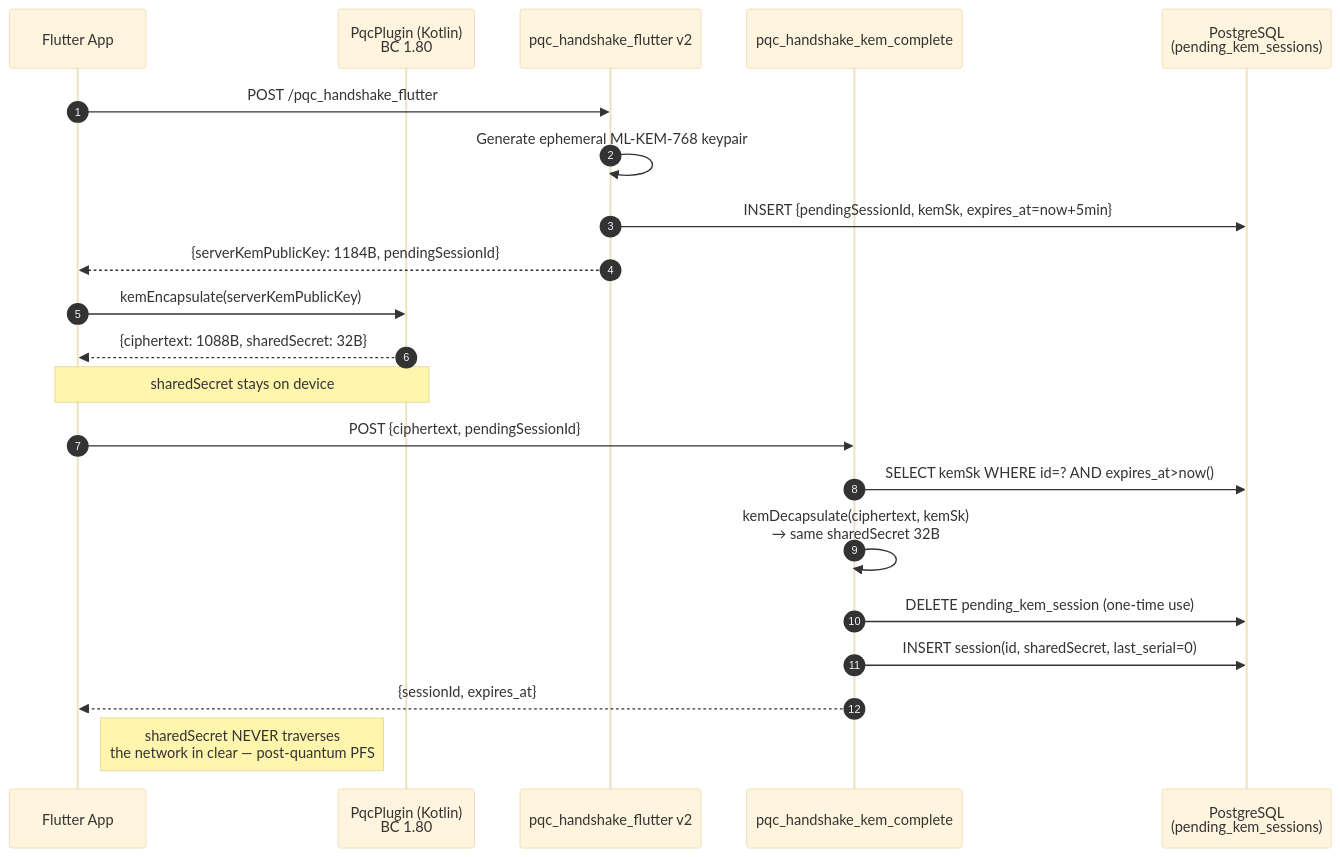
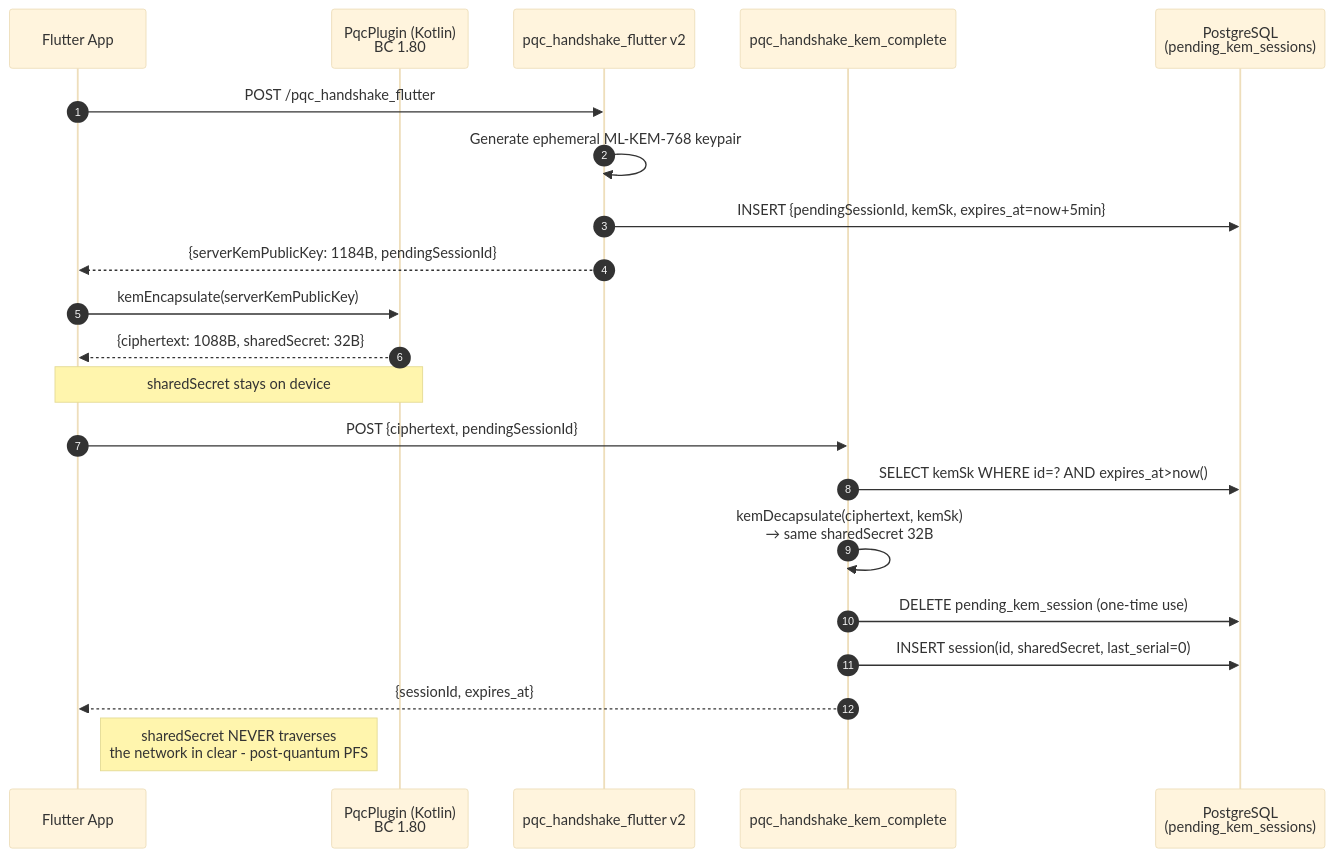
One commit to VagnerBomJesus/BJBank changed the third of 7 diagrams in README.md. Above: the diagram before and after it, drawn with Mermaid (base theme). The commit also changed other lines of this file, not shown here.

````diff
--- a/README.md
+++ b/README.md
@@ -344,24 +344,24 @@
 ```mermaid
 sequenceDiagram
     autonumber
     participant App as Flutter App
     participant Pqc as PqcPlugin (Kotlin)<br/>BC 1.80
     participant Edge as pqc_handshake_flutter v2
     participant Edge2 as pqc_handshake_kem_complete
     participant DB as PostgreSQL<br/>(pending_kem_sessions)
 
     App->>Edge: POST /pqc_handshake_flutter
     Edge->>Edge: Generate ephemeral ML-KEM-768 keypair
     Edge->>DB: INSERT {pendingSessionId, kemSk, expires_at=now+5min}
     Edge-->>App: {serverKemPublicKey: 1184B, pendingSessionId}
     App->>Pqc: kemEncapsulate(serverKemPublicKey)
     Pqc-->>App: {ciphertext: 1088B, sharedSecret: 32B}
     Note over App,Pqc: sharedSecret stays on device
     App->>Edge2: POST {ciphertext, pendingSessionId}
     Edge2->>DB: SELECT kemSk WHERE id=? AND expires_at>now()
     Edge2->>Edge2: kemDecapsulate(ciphertext, kemSk)<br/>→ same sharedSecret 32B
     Edge2->>DB: DELETE pending_kem_session (one-time use)
     Edge2->>DB: INSERT session(id, sharedSecret, last_serial=0)
     Edge2-->>App: {sessionId, expires_at}
-    Note right of App: sharedSecret NEVER traverses<br/>the network in clear — post-quantum PFS
+    Note right of App: sharedSecret NEVER traverses<br/>the network in clear - post-quantum PFS
 ```
````
